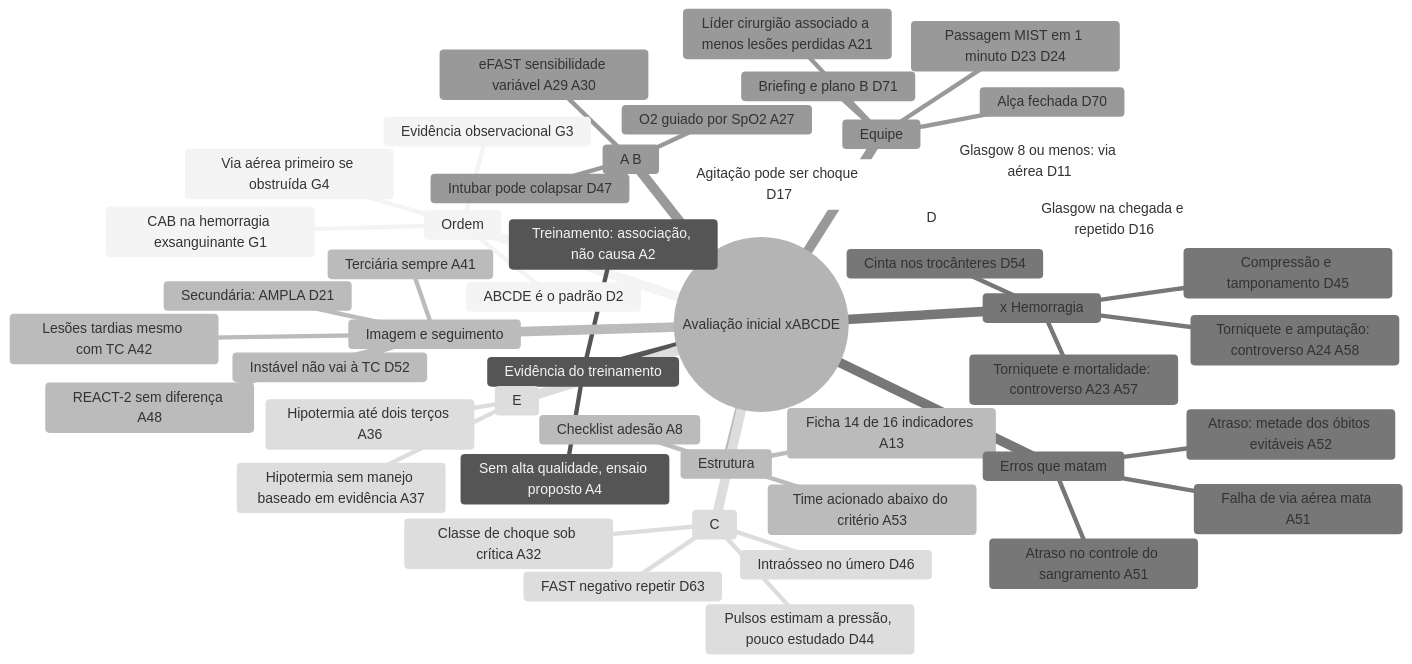
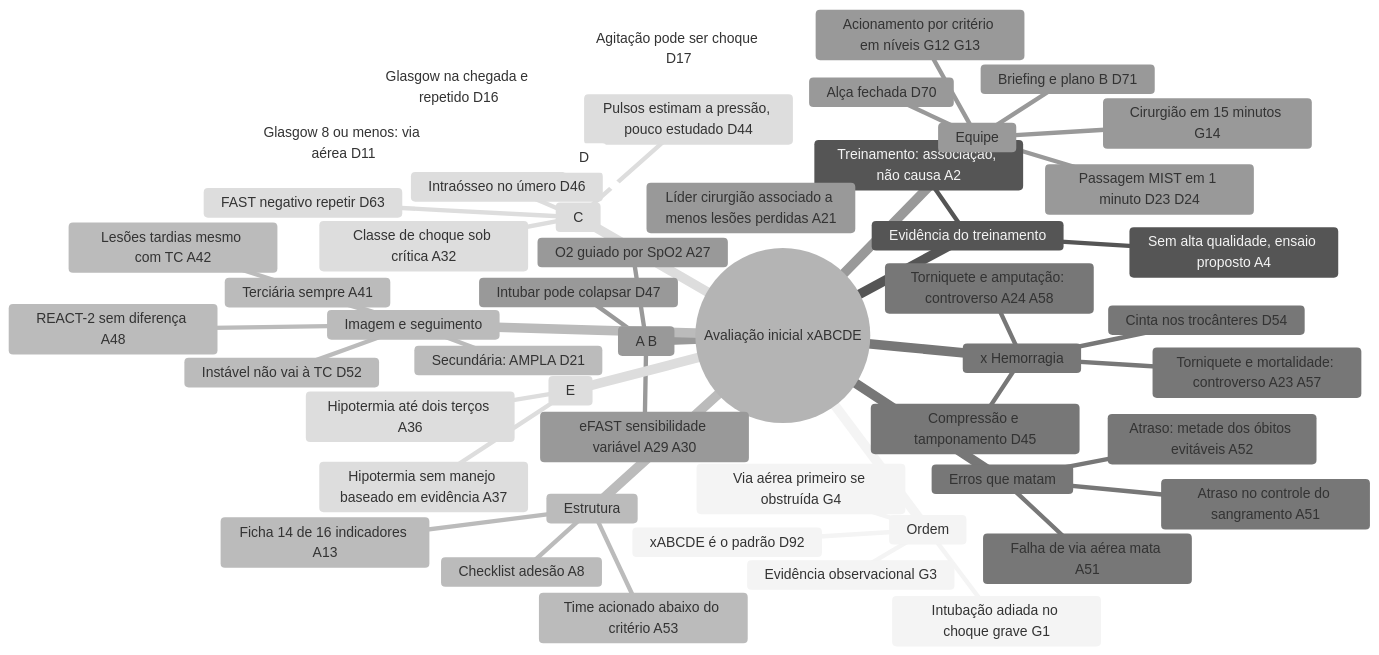
Before and after one commit to japtenani-a11y/Curso-UE: the diagram in conteudo/T001/pecas/mapa.md, drawn with Mermaid (neutral theme). The commit also changed 25 other files, not shown here.

````diff
--- a/conteudo/T001/pecas/mapa.md
+++ b/conteudo/T001/pecas/mapa.md
@@ -3,52 +3,54 @@
 ```mermaid
 mindmap
   root((Avaliação inicial xABCDE))
     Ordem
-      ABCDE é o padrão D2
-      CAB na hemorragia exsanguinante G1
+      xABCDE é o padrão D92
+      Intubação adiada no choque grave G1
       Via aérea primeiro se obstruída G4
       Evidência observacional G3
     Evidência do treinamento
       Treinamento: associação, não causa A2
       Sem alta qualidade, ensaio proposto A4
     Estrutura
       Checklist adesão A8
       Ficha 14 de 16 indicadores A13
       Time acionado abaixo do critério A53
     x Hemorragia
       Compressão e tamponamento D45
       Torniquete e mortalidade: controverso A23 A57
       Torniquete e amputação: controverso A24 A58
       Cinta nos trocânteres D54
     A B
       Intubar pode colapsar D47
       O2 guiado por SpO2 A27
       eFAST sensibilidade variável A29 A30
     C
       Pulsos estimam a pressão, pouco estudado D44
       Classe de choque sob crítica A32
       Intraósseo no úmero D46
       FAST negativo repetir D63
     D
       Glasgow na chegada e repetido D16
       Glasgow 8 ou menos: via aérea D11
       Agitação pode ser choque D17
     E
       Hipotermia até dois terços A36
       Hipotermia sem manejo baseado em evidência A37
     Imagem e seguimento
       REACT-2 sem diferença A48
       Instável não vai à TC D52
       Secundária: AMPLA D21
       Lesões tardias mesmo com TC A42
       Terciária sempre A41
     Equipe
+      Acionamento por critério em níveis G12 G13
+      Cirurgião em 15 minutos G14
       Briefing e plano B D71
       Alça fechada D70
       Passagem MIST em 1 minuto D23 D24
       Líder cirurgião associado a menos lesões perdidas A21
     Erros que matam
       Falha de via aérea mata A51
       Atraso no controle do sangramento A51
       Atraso: metade dos óbitos evitáveis A52
 ```
````
